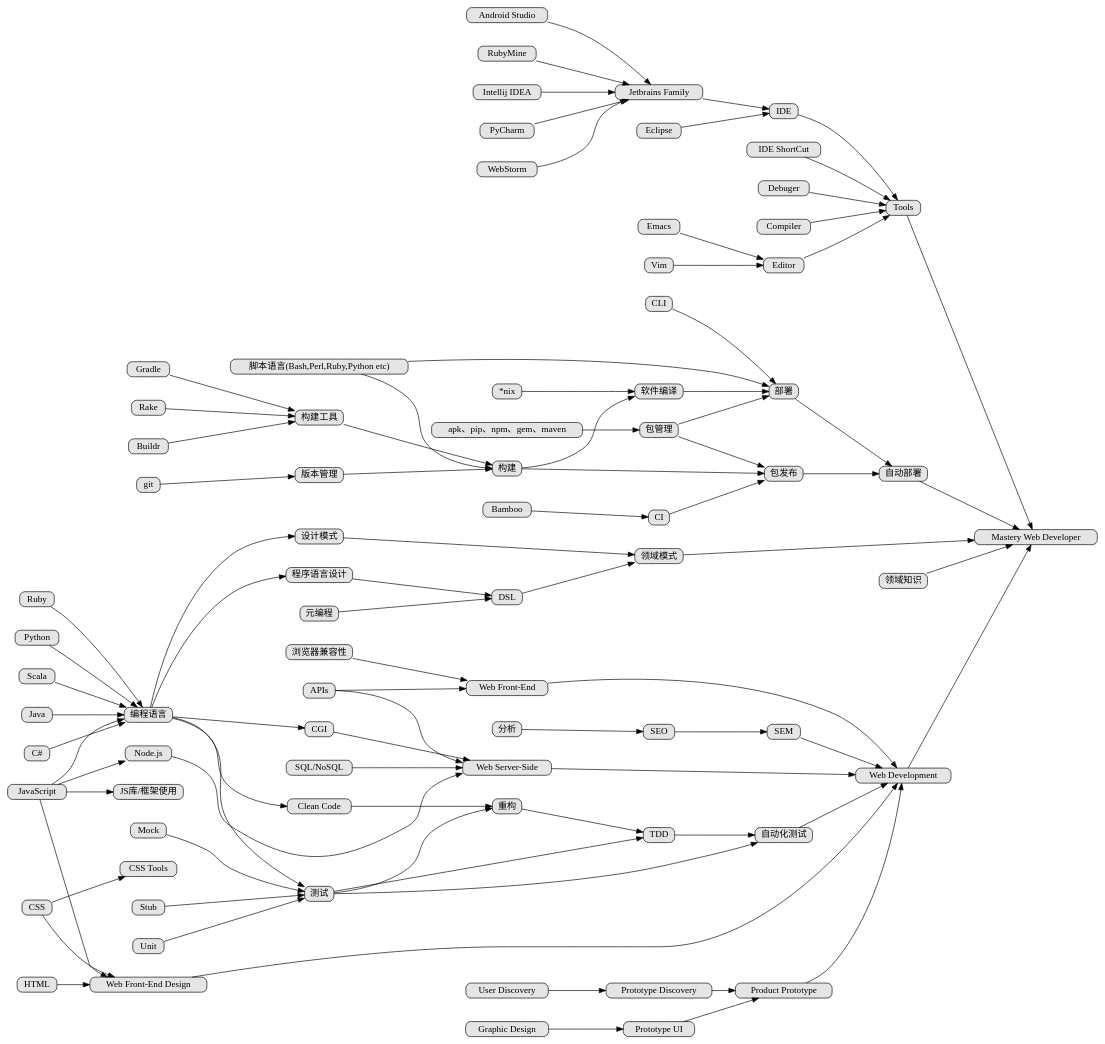
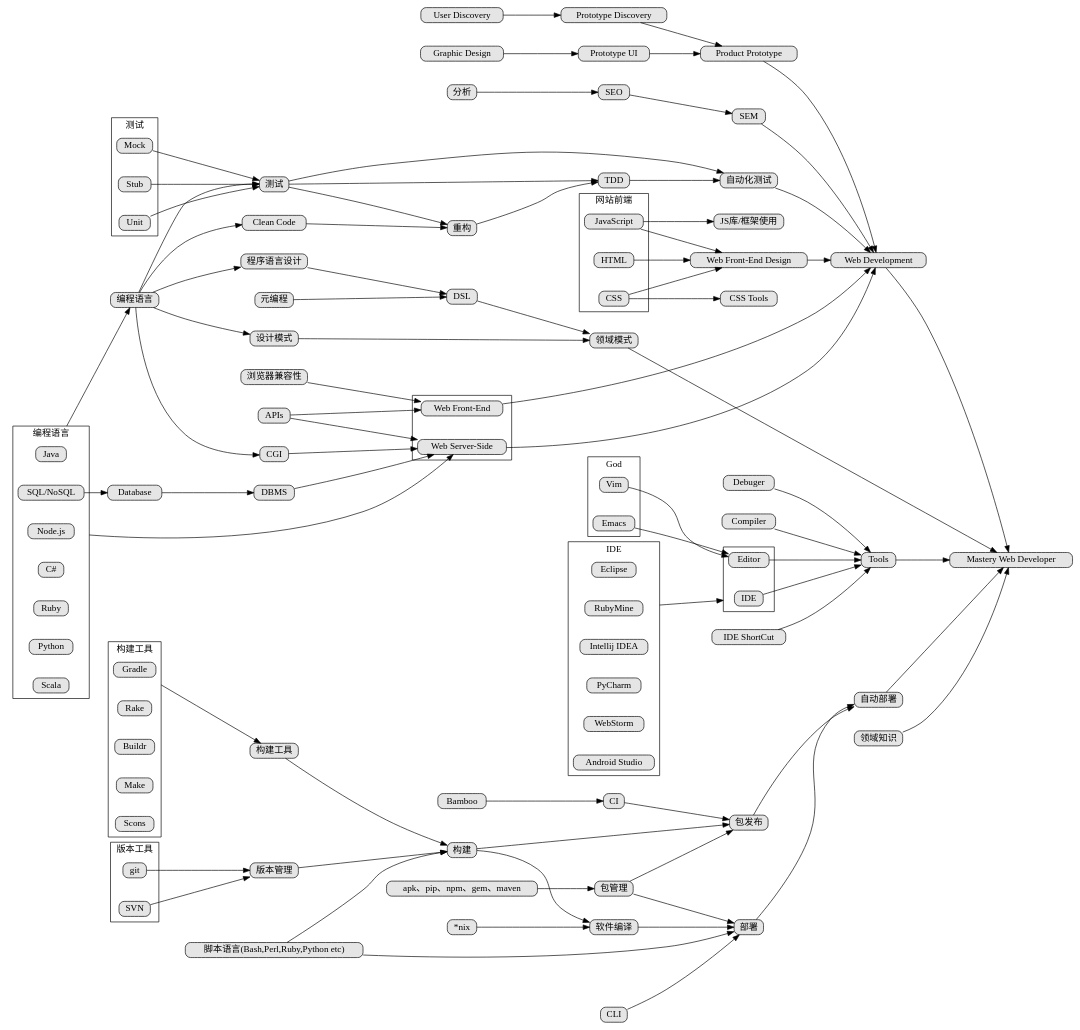
Before and after one commit to phodal/developer: the diagram in dot/tree.dot, drawn with Graphviz. The commit also changed 2 other files, not shown here.

```diff
--- a/dot/tree.dot
+++ b/dot/tree.dot
@@ -1,90 +1,155 @@
 digraph tree
 {
     nodesep=0.5;
     charset="UTF-8";
     rankdir=LR;
     fixedsize=true;
+    compound=true;
     node [style="rounded,filled", width=0, height=0, shape=box, fillcolor="#E5E5E5", concentrate=true]
+
+    subgraph cluster_2 {
+        label = "网站前端";
+        "JavaScript"
+        "HTML"
+        "CSS"
+    }
+
+    subgraph cluster_0 {
+        label = "编程语言";
+        "Node.js"
+        "HTML"
+        "SQL/NoSQL"
+        "Java"
+        "C#"
+        "Ruby"
+        "Python"
+        "Scala"
+        "CSS"
+    }
+
+    "Java" -> "编程语言"[ltail=cluster_0]
+
+    subgraph cluster_1 {
+        label = "测试";
+        "Mock"   
+        "Stub" 
+        "Unit"
+    }
+
+    "Mock" -> "测试"
+    "Stub" -> "测试"
+    "Unit" -> "测试"
 
     "编程语言" -> "CGI"
     "CGI" -> "Web Server-Side"
+
     "JavaScript" -> "Web Front-End Design"
     "HTML" -> "Web Front-End Design"
     "CSS" -> "Web Front-End Design"
+
     "Graphic Design" -> "Prototype UI" -> "Product Prototype"
     "User Discovery" -> "Prototype Discovery" -> "Product Prototype"
     "Web Front-End Design" -> "Web Development"
     "浏览器兼容性" -> "Web Front-End"
     "Product Prototype" -> "Web Development"
     "SEM" -> "Web Development"
 
+    subgraph cluster_8 {
+        "Web Server-Side"
+        "Web Front-End"
+    }
+
     "CSS" -> "CSS Tools"
-    "JavaScript" -> "Node.js" -> "Web Server-Side"
-    "JavaScript" -> "JS库/框架使用"
-    "SQL/NoSQL" -> "Web Server-Side"
+    "Node.js" -> "Web Server-Side"[ltail=cluster_0]
+    "JavaScript" -> "JS库/框架使用" 
+
+    "SQL/NoSQL" -> "Database" -> "DBMS" -> "Web Server-Side"
+
     "APIs" -> "Web Server-Side"
     "APIs" -> "Web Front-End"
     "Web Server-Side" -> "Web Development"
     "Web Front-End" -> "Web Development"
 
-    "Java" -> "编程语言"
-    "C#" -> "编程语言"
-    "JavaScript" -> "编程语言"
-    "Ruby" -> "编程语言"
-    "Python" -> "编程语言"
-    "Scala" -> "编程语言"
+    
     "编程语言" -> "设计模式" -> "领域模式"
     "编程语言" -> "测试"
     "测试" -> "TDD" -> "自动化测试"
-    "Mock" -> "测试"
-    "Stub" -> "测试"
-    "Unit" -> "测试"
     "测试" -> "重构"
     "测试" -> "自动化测试" -> "Web Development"
     "编程语言" -> "Clean Code"
     "Clean Code" -> "重构"
     "重构" -> "TDD"
     "分析" -> "SEO" -> "SEM"
     "编程语言" -> "程序语言设计" -> "DSL"
     "元编程" -> "DSL"
     "DSL" -> "领域模式"
 
+    subgraph cluster_3 {
+        label = "IDE";
+        "Eclipse"
+        "RubyMine"
+        "Intellij IDEA"
+        "PyCharm"
+        "WebStorm"
+        "Android Studio"
+    }
+
+    subgraph cluster_4 {
+        "IDE"
+        "Editor"
+    }
+
+    subgraph cluster_5 {
+        label = "God";
+        "Vim"
+        "Emacs"
+    }
+
     "Vim" -> "Editor"
     "Emacs" -> "Editor"
-    "Eclipse" -> "IDE"
-    "RubyMine" -> "Jetbrains Family" 
-    "Intellij IDEA" -> "Jetbrains Family" 
-    "PyCharm" -> "Jetbrains Family" 
-    "WebStorm" -> "Jetbrains Family" 
-    "Android Studio" -> "Jetbrains Family" 
 
-    "Jetbrains Family" -> "IDE"
+    "RubyMine" -> "IDE" [ltail=cluster_3 lhead=cluster_4];
+
+    
     "Editor" -> "Tools"
     "IDE ShortCut" -> "Tools"
     "IDE" -> "Tools"
     "Debuger" -> "Tools"
     "Compiler" -> "Tools"
 
+    subgraph cluster_6 {
+        label = "构建工具";
+        "Gradle"
+        "Rake"
+        "Buildr"
+        "Make"
+        "Scons"
+    }
+
+    subgraph cluster_7 {
+        label = "版本工具";
+        "SVN"
+        "git"
+    }
     "apk、pip、npm、gem、maven" -> "包管理" -> "部署"
+    "SVN" -> "版本管理"
     "git" -> "版本管理" -> "构建"
     "Bamboo" -> "CI" -> "包发布"
-    "Gradle" -> "构建工具"
-    "Rake" -> "构建工具"
-    "Buildr" -> "构建工具"
+    "Gradle" -> "构建工具"[ltail=cluster_6]
     "构建工具" -> "构建"
     "构建" -> "包发布"
     "部署" -> "自动部署"
     "包管理" -> "包发布" -> "自动部署"
     "CLI" -> "部署"
     "脚本语言(Bash,Perl,Ruby,Python etc)" -> "部署"
     "脚本语言(Bash,Perl,Ruby,Python etc)" -> "构建"
     "*nix" -> "软件编译" -> "部署"
     "构建" -> "软件编译"
 
     "Web Development" -> "Mastery Web Developer"
     "自动部署" -> "Mastery Web Developer"
     "领域模式" -> "Mastery Web Developer"
     "领域知识" -> "Mastery Web Developer"
     "Tools" -> "Mastery Web Developer"
 
 }
```
